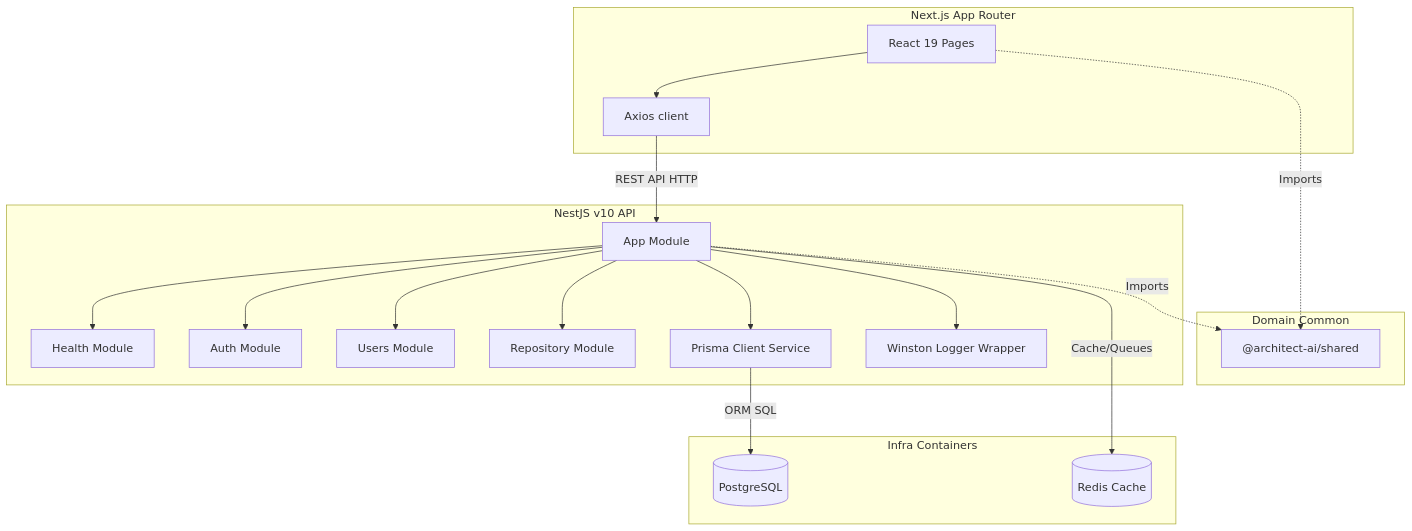
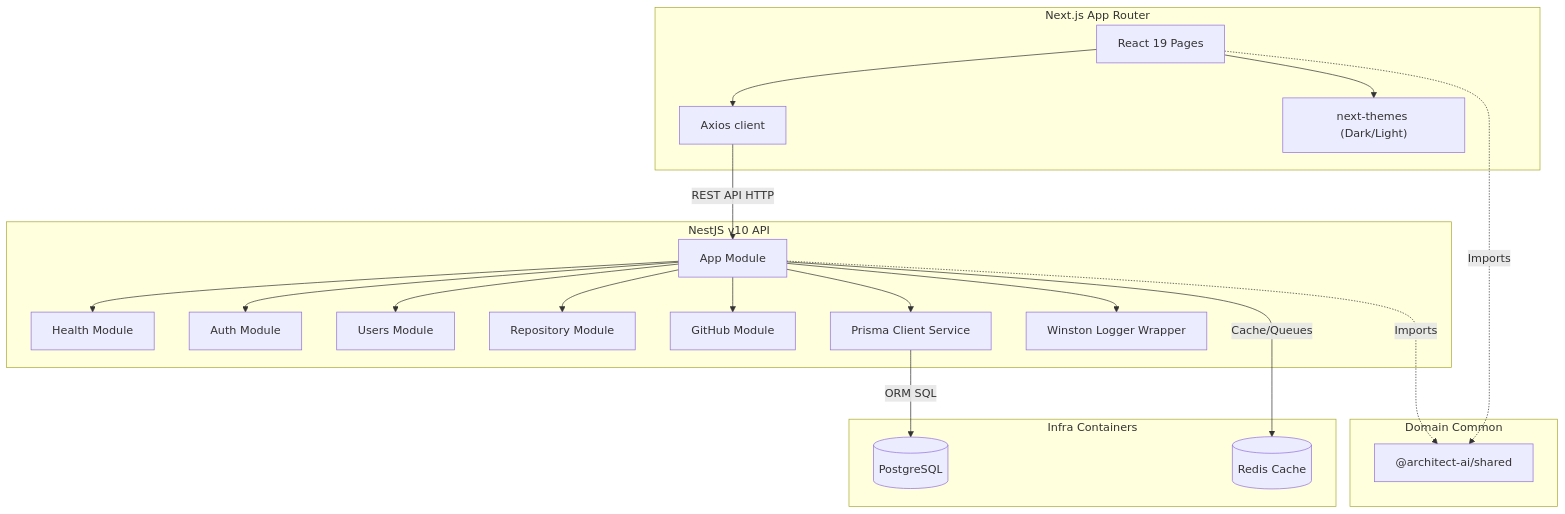
Before and after one commit to TROJAN1HAMMER/ArchitectureAI: the diagram in README.md, drawn with Mermaid. The commit also changed other lines of this file and 36 other files, not shown here.

First line of the commit message:
feat: dark/light theme toggle, GitHub integration foundation, and updated README

````diff
--- a/README.md
+++ b/README.md
@@ -43,41 +45,45 @@
 ```mermaid
 graph TD
     subgraph Frontend ["Next.js App Router"]
         UI["React 19 Pages"]
         Axios["Axios client"]
+        Theme["next-themes (Dark/Light)"]
         UI --> Axios
+        UI --> Theme
     end
 
     subgraph Shared ["Domain Common"]
         SharedLib["@architect-ai/shared"]
     end
 
     subgraph Backend ["NestJS v10 API"]
         App["App Module"]
         Health["Health Module"]
         Auth["Auth Module"]
         Users["Users Module"]
         Repo["Repository Module"]
+        GitHub["GitHub Module"]
         PrismaService["Prisma Client Service"]
         LoggerService["Winston Logger Wrapper"]
 
         App --> Health
         App --> Auth
         App --> Users
         App --> Repo
+        App --> GitHub
         App --> PrismaService
         App --> LoggerService
     end
 
     subgraph Persistence ["Infra Containers"]
         Postgres[("PostgreSQL")]
         Redis[("Redis Cache")]
     end
 
     Axios -->|REST API HTTP| App
     PrismaService -->|ORM SQL| Postgres
     App -->|Cache/Queues| Redis
 
-    UI -.->|Imports| SharedLib
-    App -.->|Imports| SharedLib
+    UI -..->|Imports| SharedLib
+    App -..->|Imports| SharedLib
 ```
````
